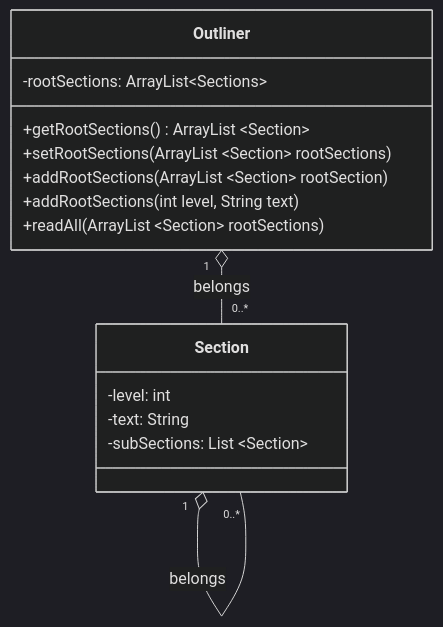
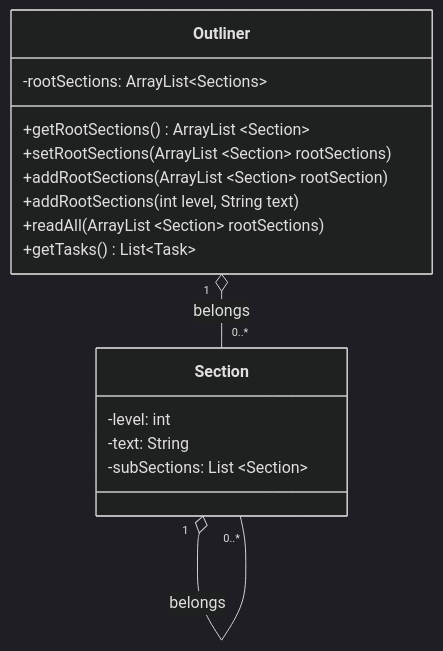
The diagram in docs/UMLTemplate.md (itsjihunpark/Microsoft-Word-Outliner-Clone), drawn with Mermaid (dark theme) before and after one commit.

````diff
--- a/docs/UMLTemplate.md
+++ b/docs/UMLTemplate.md
@@ -24,19 +24,20 @@
 ```mermaid
 classDiagram
     Outliner "1" o-- "0..*" Section : belongs
     Section "1" o-- "0..*" Section : belongs 
     class Outliner{
       -rootSections: ArrayList~Sections~
       +getRootSections() ArrayList ~Section~
       +setRootSections(ArrayList ~Section~ rootSections) 
       +addRootSections(ArrayList ~Section~ rootSection)
       +addRootSections(int level, String text)
       +readAll(ArrayList ~Section~ rootSections)
+      +getTasks() List~Task~
     }
     class Section{
       -level: int
       -text: String
       -subSections: List ~Section~
     }
 
 ```
````
